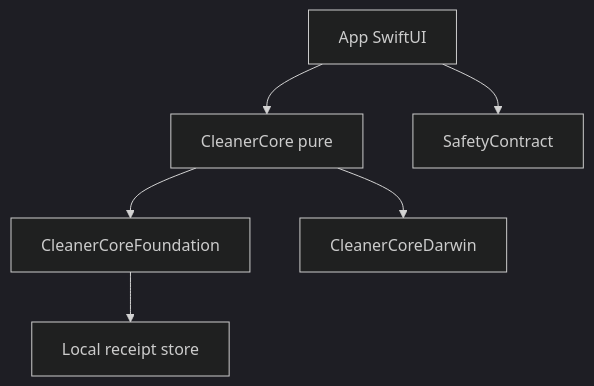
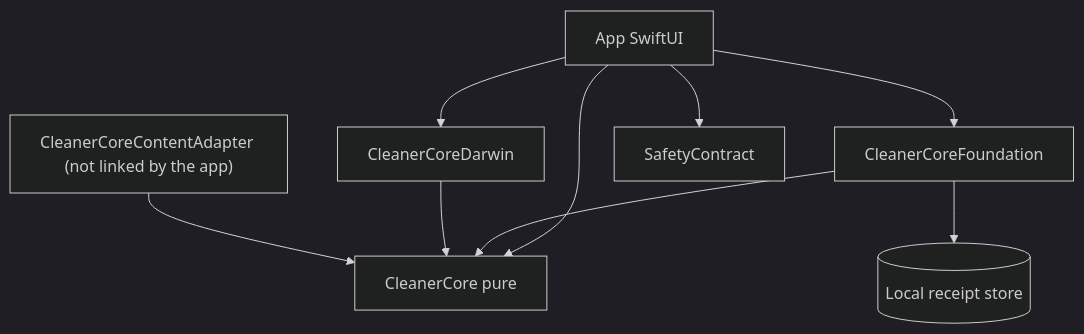
One commit to mlvpatel/MyMacCleaner changed the second of 3 diagrams in docs/C4.md. Above: the diagram before and after it, drawn with Mermaid (dark theme). The commit also changed other lines of this file and 216 other files, not shown here.

First line of the commit message:
feat: safety, workflow and accessibility fixes from the November audits, plus architecture diagrams

````diff
--- a/docs/C4.md
+++ b/docs/C4.md
@@ -41,14 +48,18 @@
 ```mermaid
 flowchart TB
   ui[App SwiftUI]
   core[CleanerCore pure]
   foundation[CleanerCoreFoundation]
   darwin[CleanerCoreDarwin]
+  content["CleanerCoreContentAdapter (not linked by the app)"]
   safety[SafetyContract]
-  store[Local receipt store]
+  store[(Local receipt store)]
   ui --> core
-  core --> foundation
-  core --> darwin
+  ui --> foundation
+  ui --> darwin
   ui --> safety
+  foundation --> core
+  darwin --> core
+  content --> core
   foundation --> store
 ```
````
